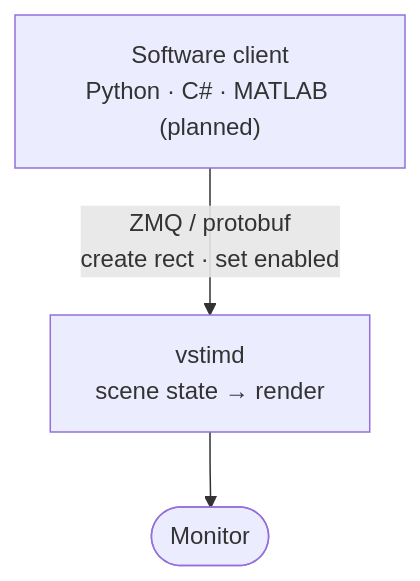
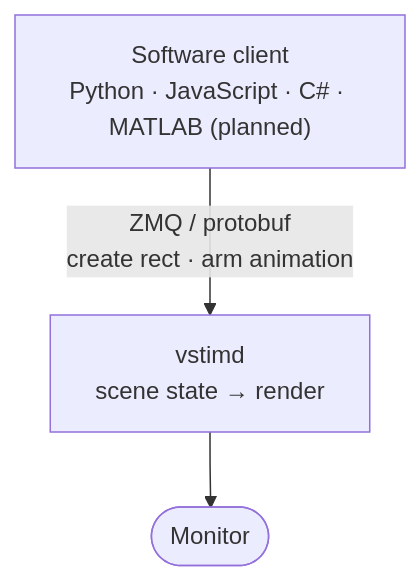
One commit to braemons/vstimd changed the second of 3 diagrams in docs/index.md. Above: the diagram before and after it, drawn with Mermaid. The commit also changed other lines of this file and 4 other files, not shown here.

````diff
--- a/docs/index.md
+++ b/docs/index.md
@@ -53,5 +61,5 @@
 ```mermaid
 flowchart TB
-    client["Software client<br/>Python · C# · MATLAB (planned)"] -->|"ZMQ / protobuf<br/>create rect · set enabled"| vstimd["vstimd<br/>scene state → render"]
+    client["Software client<br/>Python · JavaScript · C# · MATLAB (planned)"] -->|"ZMQ / protobuf<br/>create rect · arm animation"| vstimd["vstimd<br/>scene state → render"]
     vstimd --> monitor([Monitor])
 ```
````
